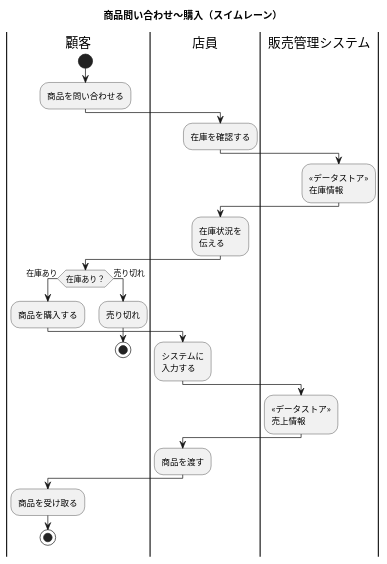
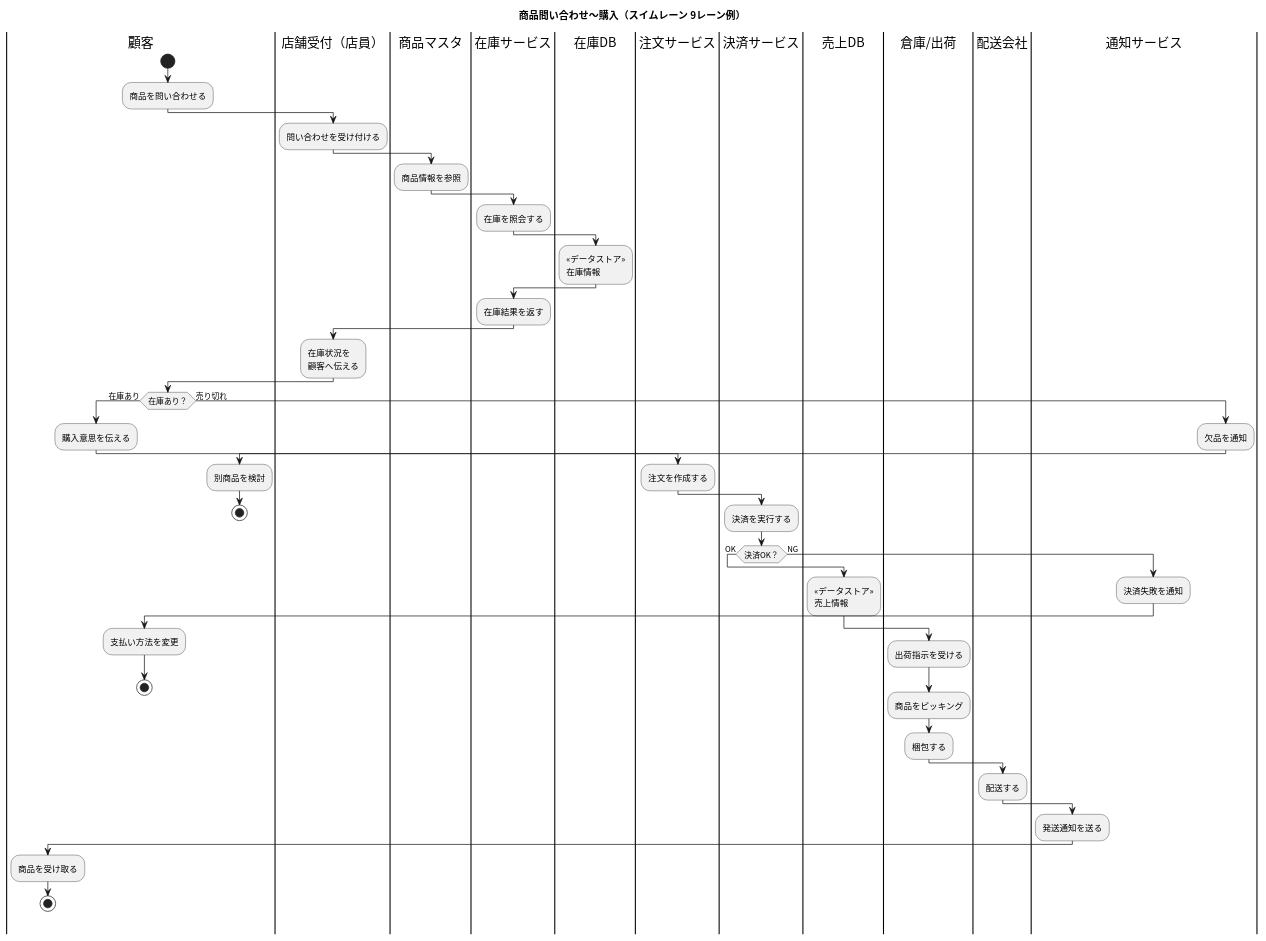
Before and after one commit to rosehip200/PlauntUML: the diagram in docs/diagrams/activity.puml, drawn with PlantUML.

```diff
--- a/docs/diagrams/activity.puml
+++ b/docs/diagrams/activity.puml
@@ -1,50 +1,84 @@
 @startuml
-title 商品問い合わせ〜購入（スイムレーン）
+title 商品問い合わせ〜購入（スイムレーン 9レーン例）
 
 ' 文字化け/潰れ対策（CI上でも安定しやすい）
 skinparam defaultFontName "Noto Sans CJK JP"
 skinparam activityFontName "Noto Sans CJK JP"
 skinparam titleFontName "Noto Sans CJK JP"
 
 skinparam shadowing false
 skinparam monochrome true
 
-' 縦長すぎて縮小されるのを避けたい場合（任意）
+' 縦長を避けたいなら有効化（任意）
 ' left to right direction
 
 |顧客|
 start
 :商品を問い合わせる;
 
-|店員|
-:在庫を確認する;
+|店舗受付（店員）|
+:問い合わせを受け付ける;
 
-|販売管理システム|
+|商品マスタ|
+:商品情報を参照;
+
+|在庫サービス|
+:在庫を照会する;
+
+|在庫DB|
 :<<データストア>>\n在庫情報;
 
-|店員|
-:在庫状況を\n伝える;
+|在庫サービス|
+:在庫結果を返す;
+
+|店舗受付（店員）|
+:在庫状況を\n顧客へ伝える;
 
 |顧客|
 if (在庫あり？) then (在庫あり)
-  :商品を購入する;
+  :購入意思を伝える;
 
-  |店員|
-  :システムに\n入力する;
+  |注文サービス|
+  :注文を作成する;
 
-  |販売管理システム|
-  :<<データストア>>\n売上情報;
+  |決済サービス|
+  :決済を実行する;
 
-  |店員|
-  :商品を渡す;
+  if (決済OK？) then (OK)
+    |売上DB|
+    :<<データストア>>\n売上情報;
+
+    |倉庫/出荷|
+    :出荷指示を受ける;
+    :商品をピッキング;
+    :梱包する;
+
+    |配送会社|
+    :配送する;
+
+    |通知サービス|
+    :発送通知を送る;
+
+    |顧客|
+    :商品を受け取る;
+    stop
+
+  else (NG)
+    |通知サービス|
+    :決済失敗を通知;
+
+    |顧客|
+    :支払い方法を変更;
+    stop
+  endif
+
+else (売り切れ)
+  |通知サービス|
+  :欠品を通知;
 
   |顧客|
-  :商品を受け取る;
-  stop
-
-else (売り切れ)
-  :売り切れ;
+  :別商品を検討;
   stop
 endif
 
 @enduml
```
